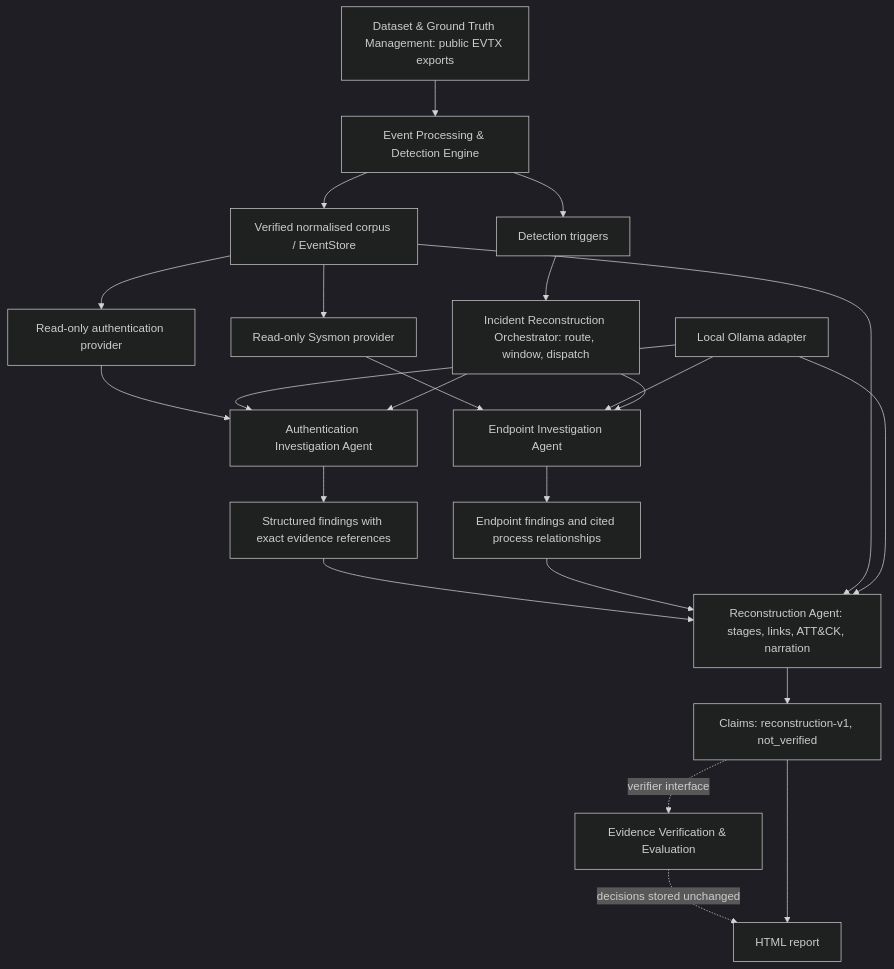
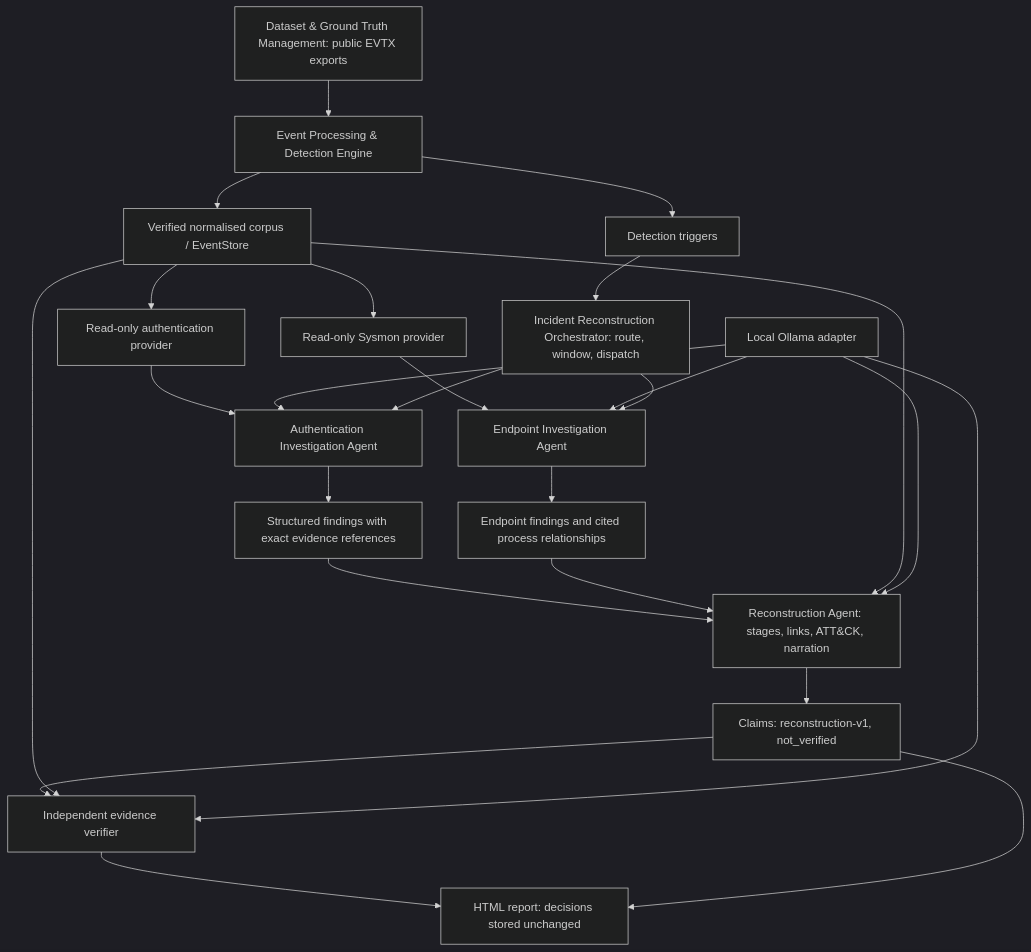
Before and after one commit to Koon-Kiat/Multi-Agent-Incident-Reconstruction: the diagram in docs/ARCHITECTURE.md, drawn with Mermaid (dark theme). The commit also changed other lines of this file and 38 other files, not shown here.

````diff
--- a/docs/ARCHITECTURE.md
+++ b/docs/ARCHITECTURE.md
@@ -16,25 +16,27 @@
 ```mermaid
 flowchart TD
   D[Dataset & Ground Truth Management: public EVTX exports] --> P[Event Processing & Detection Engine]
   P --> C[Verified normalised corpus / EventStore]
   P --> T[Detection triggers]
   T --> O[Incident Reconstruction Orchestrator: route, window, dispatch]
   C --> A[Read-only authentication provider]
   A --> I[Authentication Investigation Agent]
   L[Local Ollama adapter] --> I
   O --> I
   I --> F[Structured findings with exact evidence references]
   C --> EP[Read-only Sysmon provider]
   EP --> E[Endpoint Investigation Agent]
   L --> E
   O --> E
   E --> EF[Endpoint findings and cited process relationships]
   F --> R[Reconstruction Agent: stages, links, ATT&CK, narration]
   EF --> R
   C --> R
   L --> R
   R --> CL[Claims: reconstruction-v1, not_verified]
-  CL -. verifier interface .-> V[Evidence Verification & Evaluation]
-  V -. decisions stored unchanged .-> RP[HTML report]
+  CL --> V[Independent evidence verifier]
+  C --> V
+  L --> V
+  V --> RP[HTML report: decisions stored unchanged]
   CL --> RP
 ```
````
